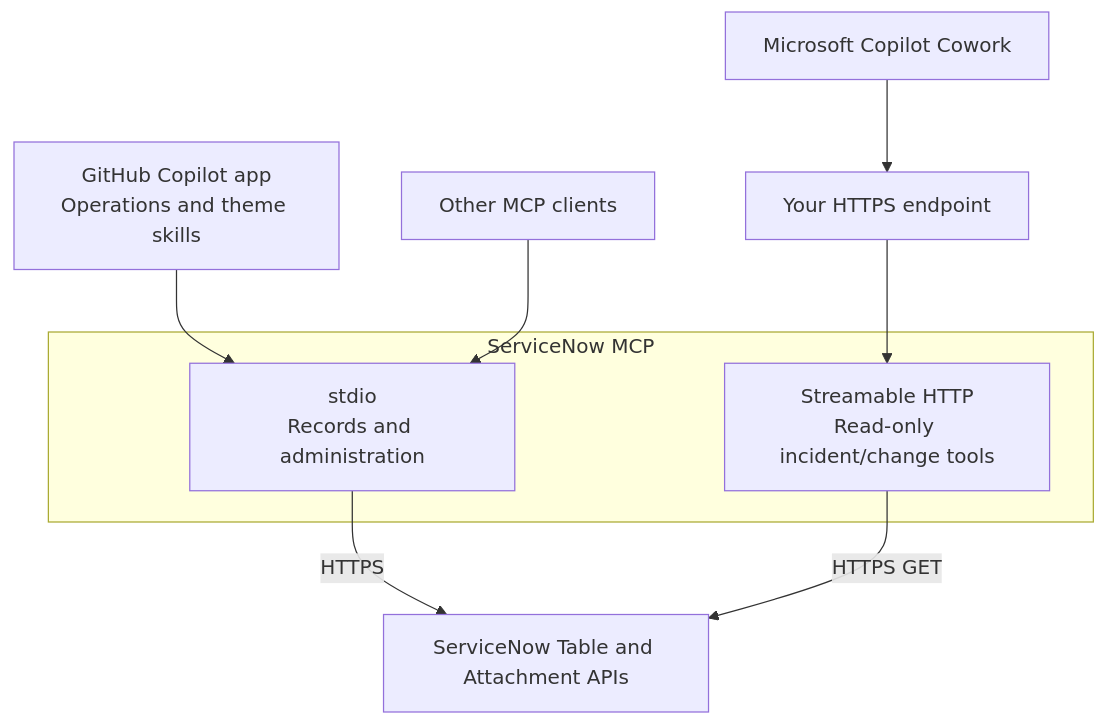
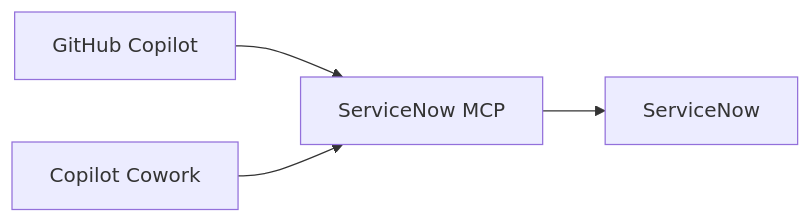
Before and after one commit to likamrat/servicenow-mcp: the diagram in README.md, drawn with Mermaid. The commit also changed other lines of this file, not shown here.

Commit message:
Simplify the README request-flow diagram

````diff
--- a/README.md
+++ b/README.md
@@ -33,20 +31,6 @@
 ```mermaid
-flowchart TD
-    Copilot["GitHub Copilot app<br/>Operations and theme skills"]
-    Clients["Other MCP clients"]
-    Cowork["Microsoft Copilot Cowork"]
-    Endpoint["Your HTTPS endpoint"]
-
-    subgraph Backend["ServiceNow MCP"]
-        Stdio["stdio<br/>Records and administration"]
-        HTTP["Streamable HTTP<br/>Read-only incident/change tools"]
-    end
-
-    ServiceNow["ServiceNow Table and Attachment APIs"]
-
-    Copilot --> Stdio
-    Clients --> Stdio
-    Cowork --> Endpoint --> HTTP
-    Stdio -->|"HTTPS"| ServiceNow
-    HTTP -->|"HTTPS GET"| ServiceNow
+flowchart LR
+    Copilot["GitHub Copilot"] --> MCP["ServiceNow MCP"]
+    Cowork["Copilot Cowork"] --> MCP
+    MCP --> ServiceNow["ServiceNow"]
 ```
````
